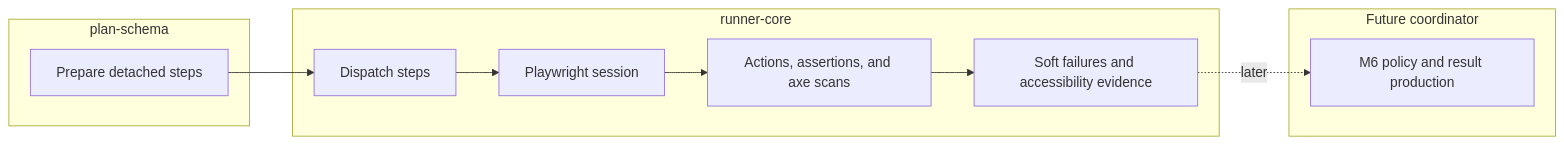
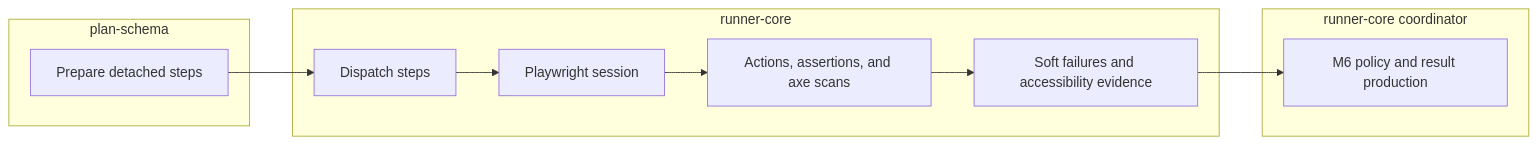
One commit to Scott-D-Hodgson/stagehand changed the diagram in Learning Plan/Packages/runner-core/README.md. Above: the diagram before and after it, drawn with Mermaid. The commit also changed other lines of this file and 57 other files, not shown here.

````diff
--- a/Learning Plan/Packages/runner-core/README.md
+++ b/Learning Plan/Packages/runner-core/README.md
@@ -23,16 +23,16 @@
 ```mermaid
 flowchart LR
     subgraph S[plan-schema]
         P[Prepare detached steps]
     end
     subgraph R[runner-core]
         D[Dispatch steps] --> B[Playwright session]
         B --> A[Actions, assertions, and axe scans]
         A --> E[Soft failures and accessibility evidence]
     end
-    subgraph C[Future coordinator]
+    subgraph C[runner-core coordinator]
         O[M6 policy and result production]
     end
     P --> D
-    E -. later .-> O
+    E --> O
 ```
````
